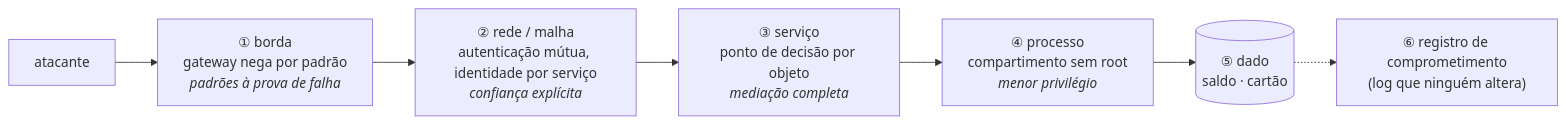
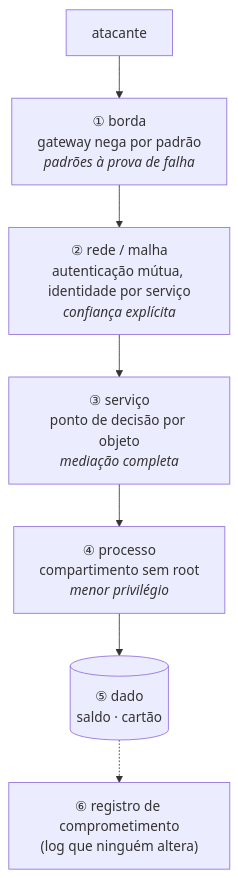
Before and after one commit to CosmIA-Lab/LAB-SDLC-IA-SEC: the diagram in 03-principios-de-arquitetura-segura/dissertacao-modelo.md, drawn with Mermaid. The commit also changed 2 other files, not shown here.

Commit message:
docs: lay out the long-chain figures vertically for legibility

````diff
--- a/03-principios-de-arquitetura-segura/dissertacao-modelo.md
+++ b/03-principios-de-arquitetura-segura/dissertacao-modelo.md
@@ -40,5 +40,5 @@
 ```mermaid
-flowchart LR
+flowchart TB
     AT["atacante"] --> A1["① borda<br/>gateway nega por padrão<br/><i>padrões à prova de falha</i>"] --> A2["② rede / malha<br/>autenticação mútua, identidade por serviço<br/><i>confiança explícita</i>"] --> A3["③ serviço<br/>ponto de decisão por objeto<br/><i>mediação completa</i>"] --> A4["④ processo<br/>compartimento sem root<br/><i>menor privilégio</i>"] --> D[("⑤ dado<br/>saldo · cartão")]
     D -.-> LOG["⑥ registro de comprometimento<br/>(log que ninguém altera)"]
 ```
````
